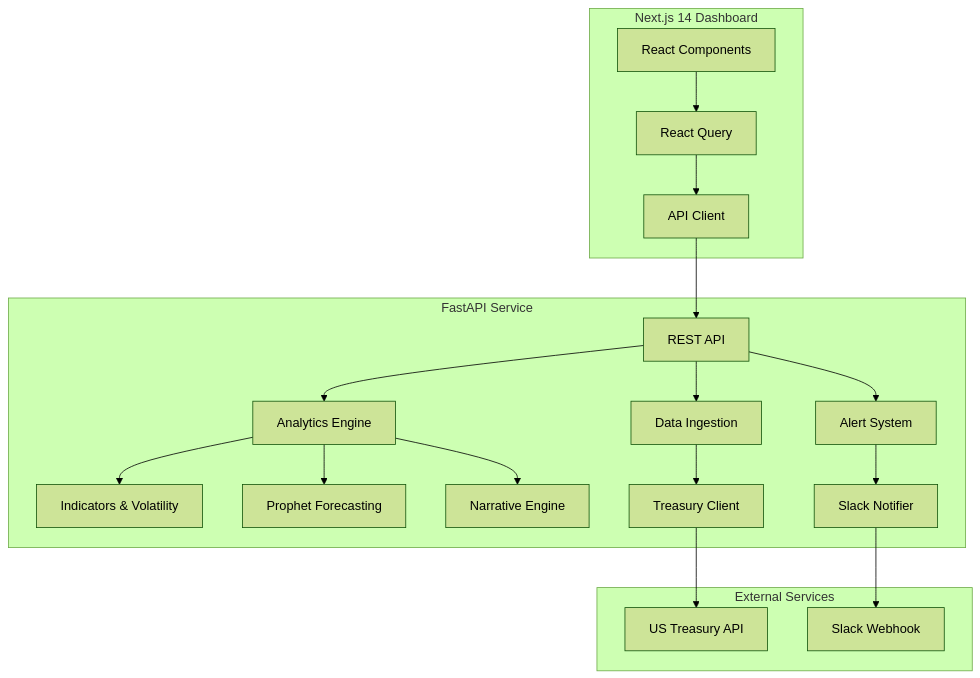
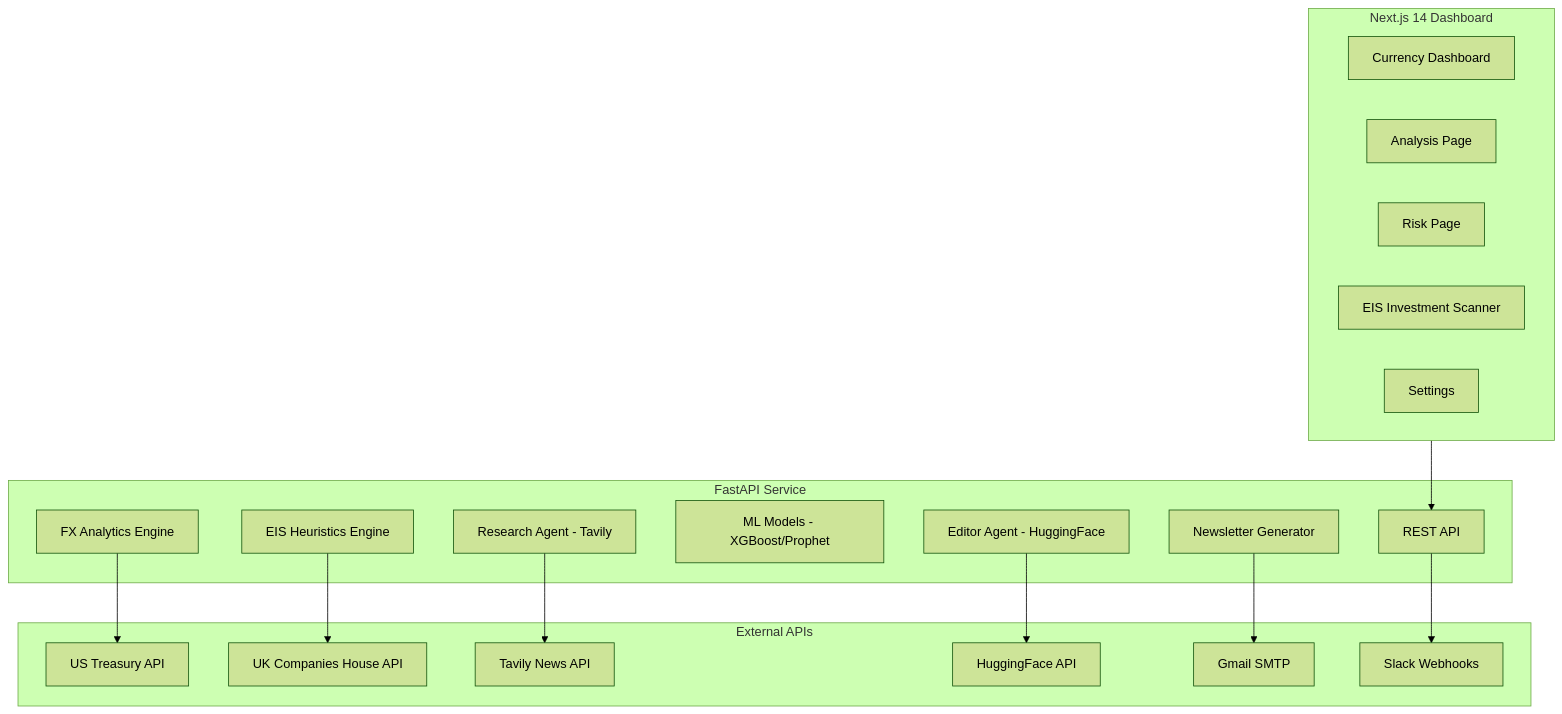
The diagram in PROJECT_REPORT.md (nagasriramnani/Currency-Intelligence-Platform-V2), drawn with Mermaid (forest theme) before and after one commit. The commit also changed other lines of this file and 6 other files, not shown here.

````diff
--- a/PROJECT_REPORT.md
+++ b/PROJECT_REPORT.md
@@ -21,29 +19,37 @@
 ```mermaid
 graph TD
     subgraph Frontend["Next.js 14 Dashboard"]
-        UI[React Components] --> RQ[React Query]
-        RQ --> API_Client[API Client]
+        Dashboard[Currency Dashboard]
+        Analysis[Analysis Page]
+        Risk[Risk Page]
+        EIS[EIS Investment Scanner]
+        Settings[Settings]
     end
 
     subgraph Backend["FastAPI Service"]
-        API[REST API] --> Analytics[Analytics Engine]
-        Analytics --> Indicators[Indicators & Volatility]
-        Analytics --> ML[Prophet Forecasting]
-        Analytics --> NLP[Narrative Engine]
-        
-        API --> Data[Data Ingestion]
-        Data --> Treasury[Treasury Client]
-        
-        API --> Alerts[Alert System]
-        Alerts --> Slack[Slack Notifier]
+        API[REST API]
+        Analytics[FX Analytics Engine]
+        EISEngine[EIS Heuristics Engine]
+        ML[ML Models - XGBoost/Prophet]
+        Research[Research Agent - Tavily]
+        Editor[Editor Agent - HuggingFace]
+        Newsletter[Newsletter Generator]
     end
 
-    subgraph External["External Services"]
-        TreasuryAPI[US Treasury API]
-        SlackAPI[Slack Webhook]
+    subgraph External["External APIs"]
+        Treasury[US Treasury API]
+        CompaniesHouse[UK Companies House API]
+        Tavily[Tavily News API]
+        HuggingFace[HuggingFace API]
+        Gmail[Gmail SMTP]
+        Slack[Slack Webhooks]
     end
 
-    Treasury --> TreasuryAPI
-    Slack --> SlackAPI
-    API_Client --> API
+    Frontend --> API
+    Analytics --> Treasury
+    EISEngine --> CompaniesHouse
+    Research --> Tavily
+    Editor --> HuggingFace
+    Newsletter --> Gmail
+    API --> Slack
 ```
````
